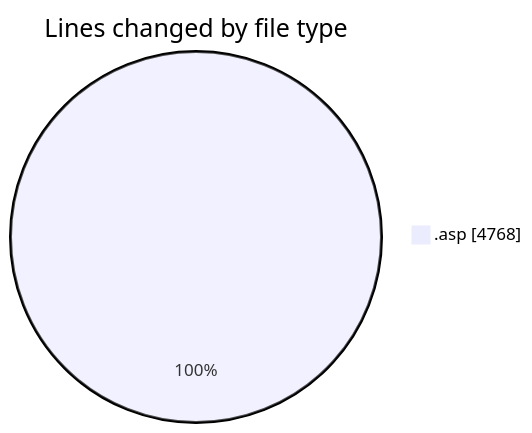
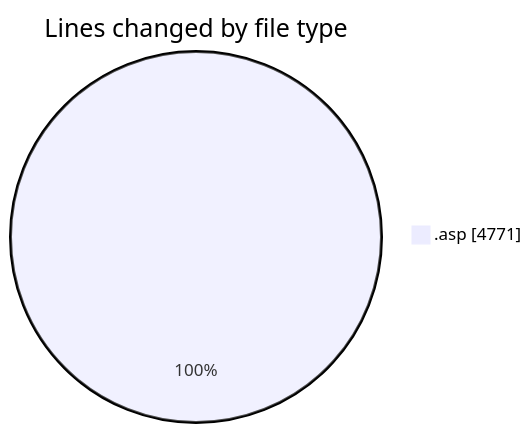
One commit to julien-gomy/code-tracking changed the first of 2 diagrams in 2025-11-10/cdp_aleoudev_fr__workspace_/README.md. Above: the diagram before and after it, drawn with Mermaid. The commit also changed other lines of this file and 1 other file, not shown here.

````diff
--- a/2025-11-10/cdp_aleoudev_fr__workspace_/README.md
+++ b/2025-11-10/cdp_aleoudev_fr__workspace_/README.md
@@ -32,5 +32,5 @@
 ```mermaid
 pie showData
 title Lines changed by file type
-".asp" : 4768
+".asp" : 4771
 ```
````
